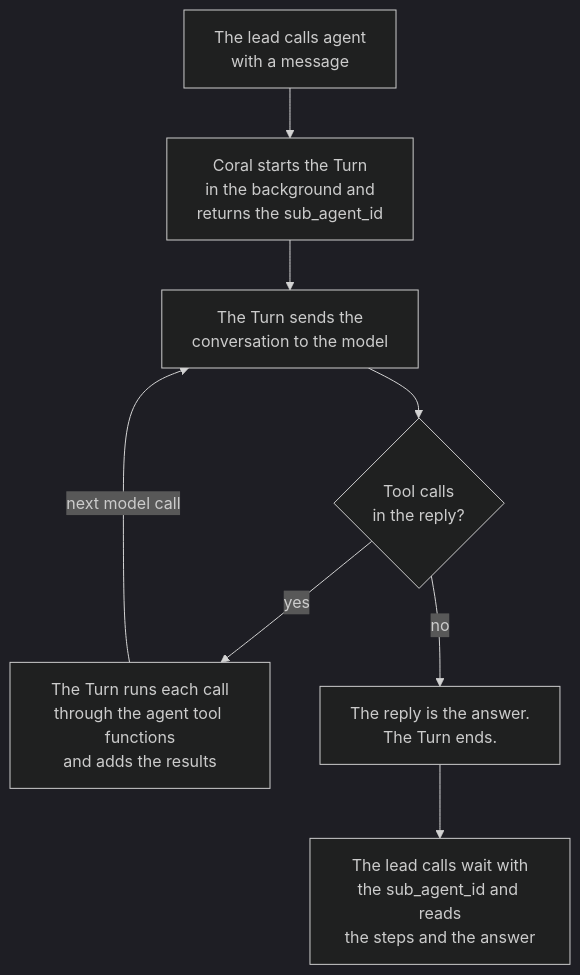
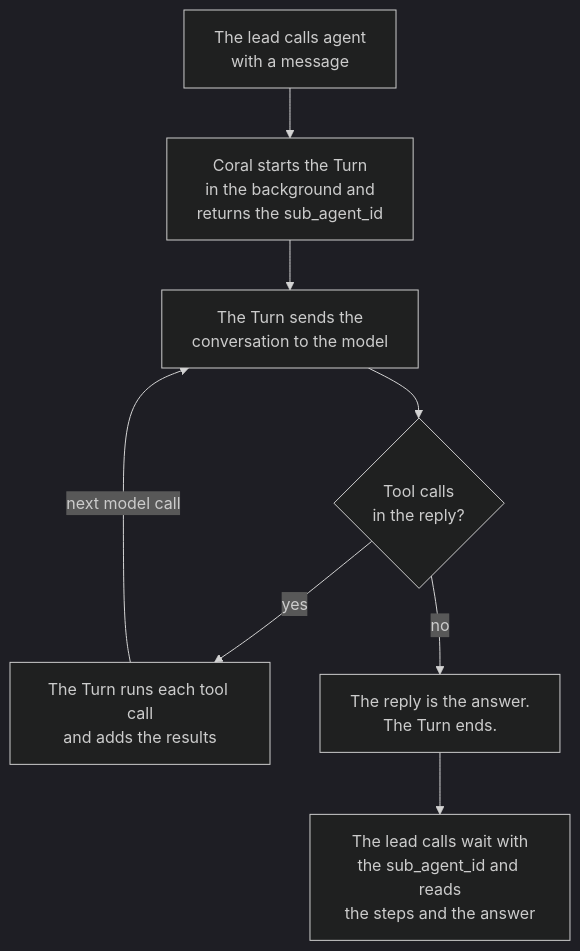
Before and after one commit to withcoral/coral: the fifth of 5 diagrams in docs/adr/0039-an-enterprise-sub-agent.md, drawn with Mermaid (dark theme). The commit also changed other lines of this file, not shown here.

First line of the commit message:
docs(sub-agent): have the Sub-agent call the Task and Run modules directly

````diff
--- a/docs/adr/0039-an-enterprise-sub-agent.md
+++ b/docs/adr/0039-an-enterprise-sub-agent.md
@@ -522,14 +530,14 @@
 ```mermaid
 flowchart TD
     ask["The lead calls agent<br/>with a message"]
     start["Coral starts the Turn<br/>in the background and<br/>returns the sub_agent_id"]
     send["The Turn sends the<br/>conversation to the model"]
     tools{"Tool calls<br/>in the reply?"}
-    run["The Turn runs each call<br/>through the agent tool functions<br/>and adds the results"]
+    run["The Turn runs each tool call<br/>and adds the results"]
     answer["The reply is the answer.<br/>The Turn ends."]
     wait["The lead calls wait with<br/>the sub_agent_id and reads<br/>the steps and the answer"]
     ask --> start --> send --> tools
     tools -- yes --> run
     run -- next model call --> send
     tools -- no --> answer --> wait
 ```
````
